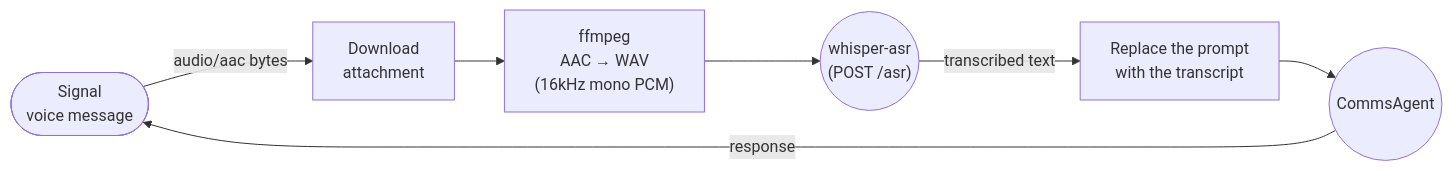
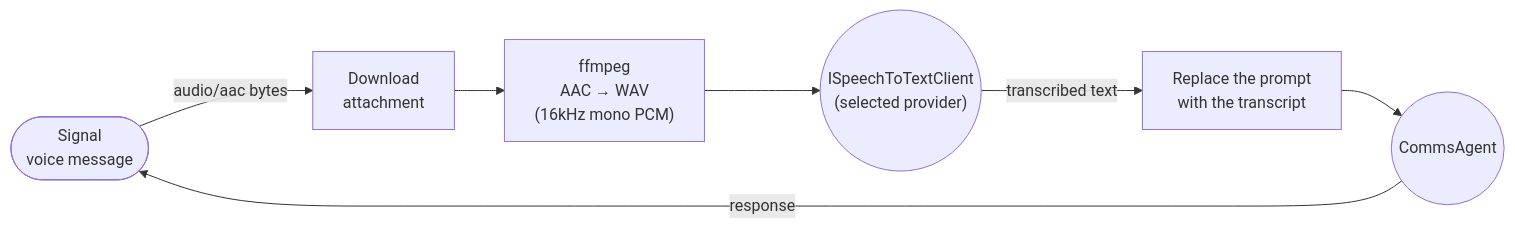
The first of 4 diagrams in src/CasCap.SmartHaus/README.md (f2calv/SmartHaus), drawn with Mermaid before and after one commit. The commit also changed other lines of this file and 2 other files, not shown here.

First line of the commit message:
docs(speech): document the pluggable speech-to-text providers

````diff
--- a/src/CasCap.SmartHaus/README.md
+++ b/src/CasCap.SmartHaus/README.md
@@ -150,9 +172,9 @@
 ```mermaid
 flowchart LR
     SIGNAL(["Signal<br/>voice message"]) -->|audio/aac bytes| DOWNLOAD["Download<br/>attachment"]
     DOWNLOAD --> TRANSCODE["ffmpeg<br/>AAC → WAV<br/>(16kHz mono PCM)"]
-    TRANSCODE --> WHISPER(("whisper-asr<br/>(POST /asr)"))
-    WHISPER -->|transcribed text| INJECT["Replace the prompt<br/>with the transcript"]
+    TRANSCODE --> STT(("ISpeechToTextClient<br/>(selected provider)"))
+    STT -->|transcribed text| INJECT["Replace the prompt<br/>with the transcript"]
     INJECT --> COMMS(("CommsAgent"))
     COMMS -->|response| SIGNAL
 ```
````
